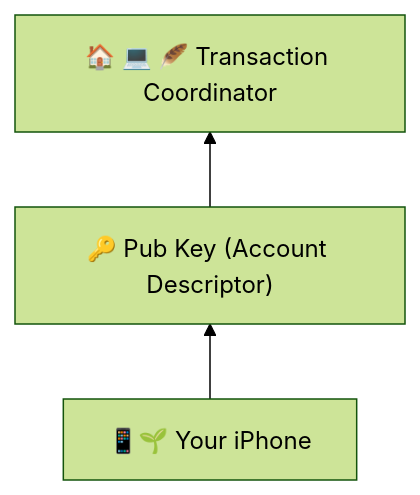
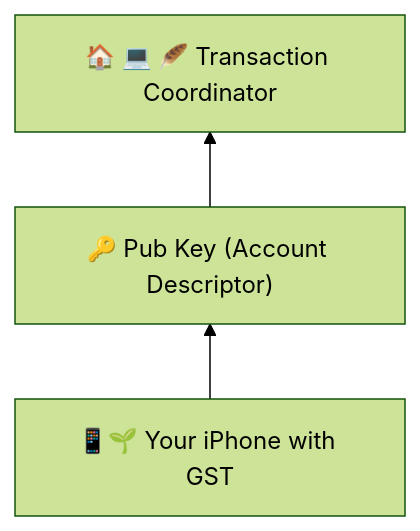
Diagram 21 of 45 in Docs/Scenario-Multisig.md (BlockchainCommons/SmartCustody), drawn with Mermaid (forest theme) before and after one commit. The commit also changed other lines of this file, not shown here.

````diff
--- a/Docs/Scenario-Multisig.md
+++ b/Docs/Scenario-Multisig.md
@@ -706,8 +706,8 @@
 ```mermaid
     graph BT;
     A["🏠 💻 🪶 Transaction Coordinator"]
     B["🔑 Pub Key (Account Descriptor)"]
-    C["📱🌱 Your iPhone"]
+    C["📱🌱 Your iPhone with GST"]
 
     C-->B-->A
 ```
````
